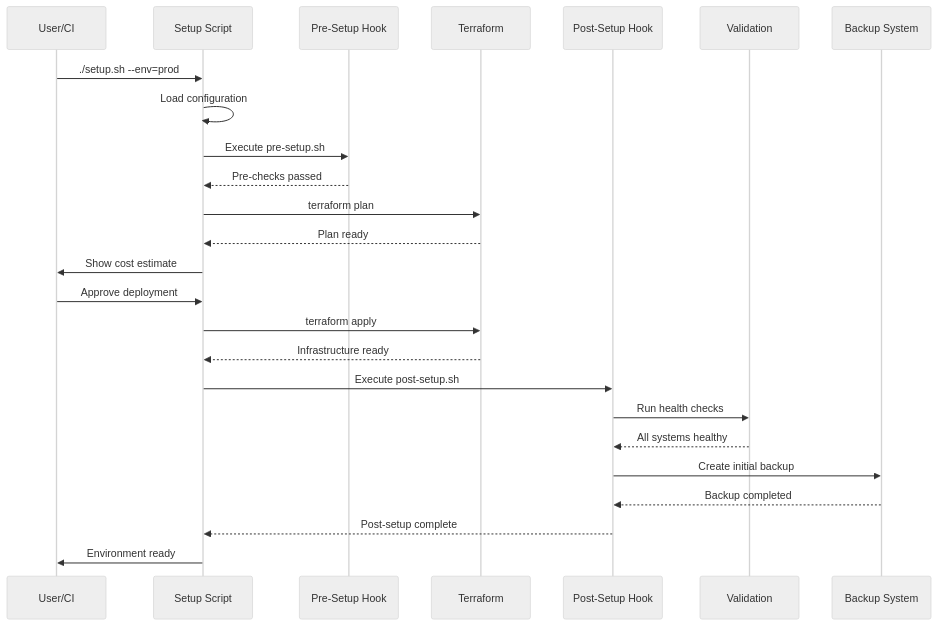
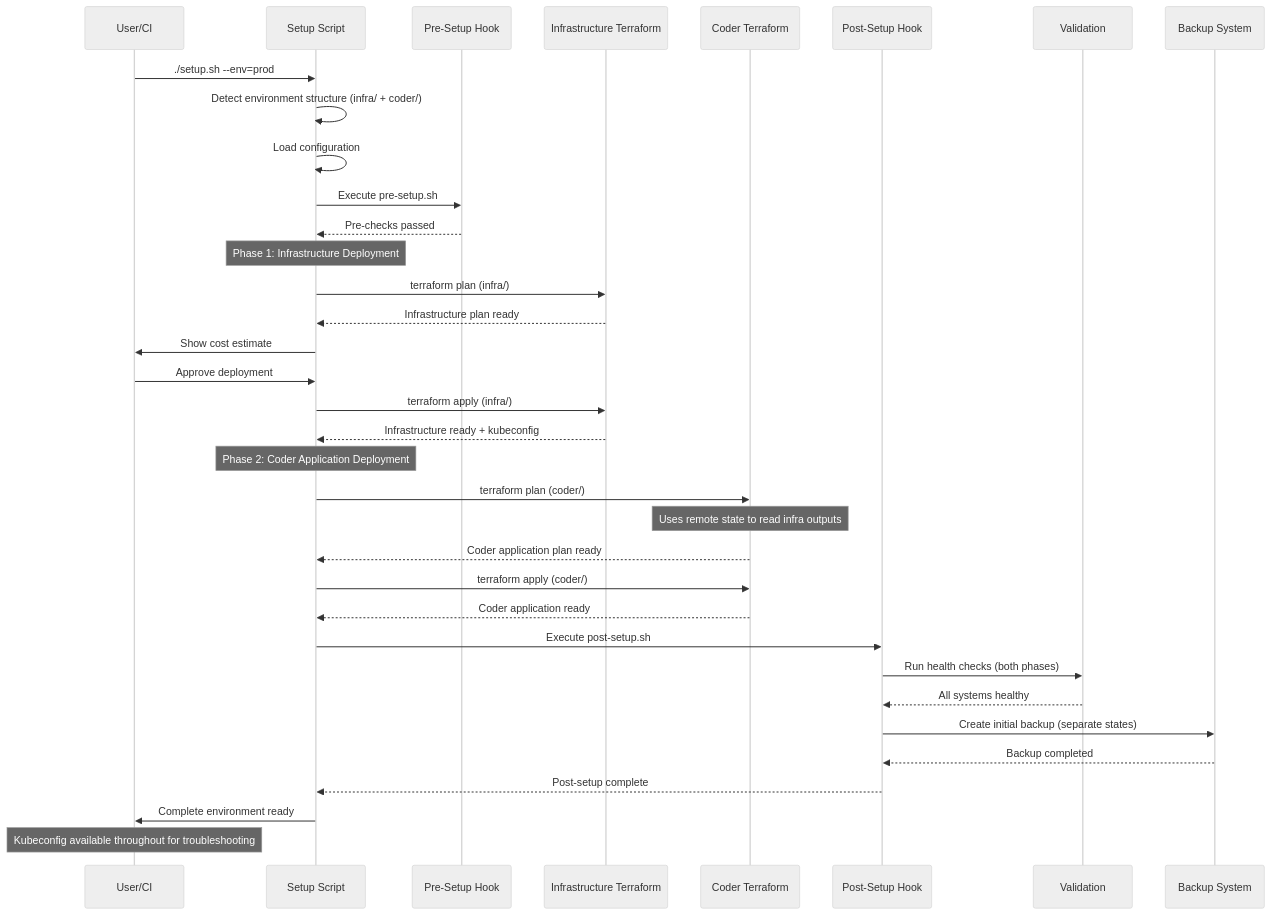
One commit to pacphi/bootstrap-coder-on-scaleway changed diagram 21 of 23 in docs/ARCHITECTURE.md. Above: the diagram before and after it, drawn with Mermaid (neutral theme). The commit also changed other lines of this file and 42 other files, not shown here.

Commit message:
(feat) Major overhaul of environments, scripts, and Github Action workflows - two-phase deployment architecture - includes documentation updates

````diff
--- a/docs/ARCHITECTURE.md
+++ b/docs/ARCHITECTURE.md
@@ -926,32 +1030,44 @@
 ```mermaid
 sequenceDiagram
     participant User as User/CI
     participant Setup as Setup Script
     participant PreHook as Pre-Setup Hook
-    participant Terraform as Terraform
+    participant InfraTF as Infrastructure Terraform
+    participant CoderTF as Coder Terraform
     participant PostHook as Post-Setup Hook
     participant Validate as Validation
     participant Backup as Backup System
 
     User->>Setup: ./setup.sh --env=prod
+    Setup->>Setup: Detect environment structure (infra/ + coder/)
     Setup->>Setup: Load configuration
     Setup->>PreHook: Execute pre-setup.sh
     PreHook-->>Setup: Pre-checks passed
 
-    Setup->>Terraform: terraform plan
-    Terraform-->>Setup: Plan ready
+    Note over Setup: Phase 1: Infrastructure Deployment
+    Setup->>InfraTF: terraform plan (infra/)
+    InfraTF-->>Setup: Infrastructure plan ready
     Setup->>User: Show cost estimate
     User->>Setup: Approve deployment
 
-    Setup->>Terraform: terraform apply
-    Terraform-->>Setup: Infrastructure ready
+    Setup->>InfraTF: terraform apply (infra/)
+    InfraTF-->>Setup: Infrastructure ready + kubeconfig
+
+    Note over Setup: Phase 2: Coder Application Deployment
+    Setup->>CoderTF: terraform plan (coder/)
+    Note over CoderTF: Uses remote state to read infra outputs
+    CoderTF-->>Setup: Coder application plan ready
+
+    Setup->>CoderTF: terraform apply (coder/)
+    CoderTF-->>Setup: Coder application ready
 
     Setup->>PostHook: Execute post-setup.sh
-    PostHook->>Validate: Run health checks
+    PostHook->>Validate: Run health checks (both phases)
     Validate-->>PostHook: All systems healthy
-    PostHook->>Backup: Create initial backup
+    PostHook->>Backup: Create initial backup (separate states)
     Backup-->>PostHook: Backup completed
     PostHook-->>Setup: Post-setup complete
 
-    Setup->>User: Environment ready
+    Setup->>User: Complete environment ready
+    Note over User: Kubeconfig available throughout for troubleshooting
 ```
````
